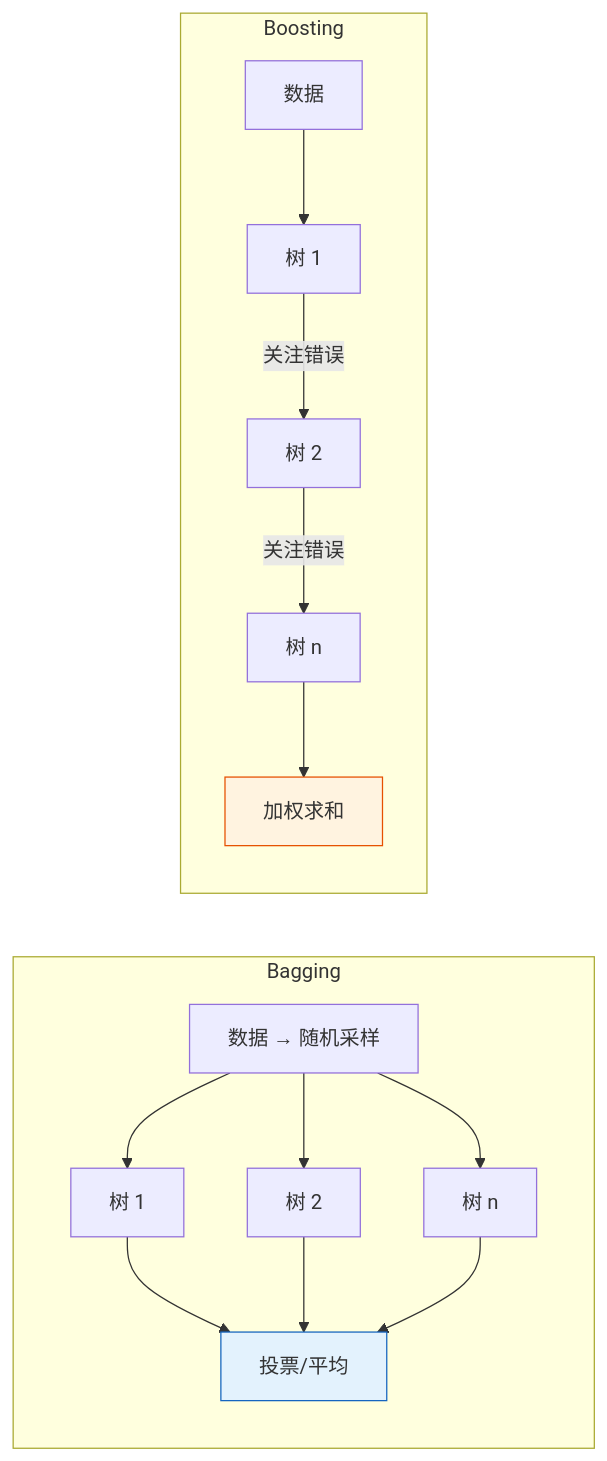
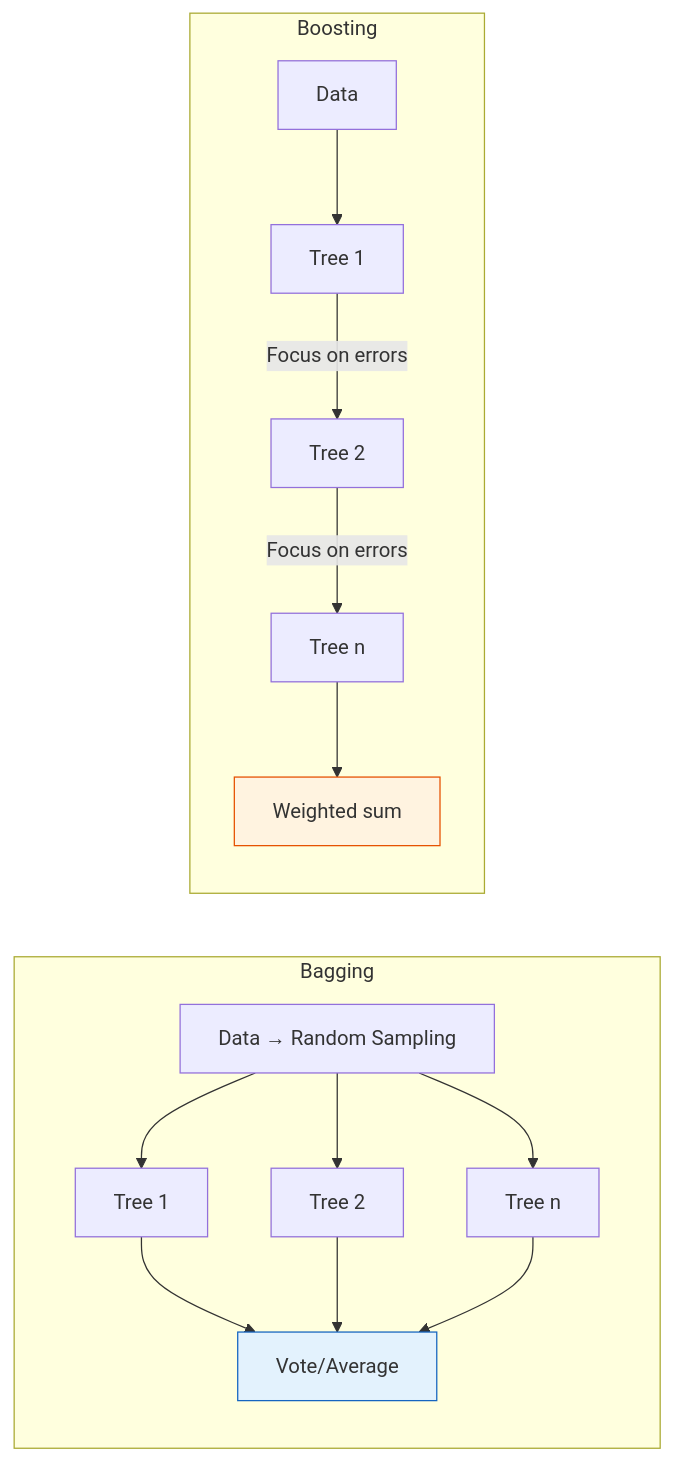
The second of 5 diagrams in docs/ch05-machine-learning/ch02-supervised/04-ensemble-learning.md (oudbiao/AI-fullstack-course), drawn with Mermaid before and after one commit. The commit also changed other lines of this file and 1406 other files, not shown here.

````diff
--- a/docs/ch05-machine-learning/ch02-supervised/04-ensemble-learning.md
+++ b/docs/ch05-machine-learning/ch02-supervised/04-ensemble-learning.md
@@ -125,21 +125,21 @@
 ```mermaid
 flowchart LR
     subgraph Bagging
-        D1["数据 → 随机采样"] --> M1a["树 1"]
-        D1 --> M1b["树 2"]
-        D1 --> M1c["树 n"]
-        M1a --> V1["投票/平均"]
+        D1["Data → Random Sampling"] --> M1a["Tree 1"]
+        D1 --> M1b["Tree 2"]
+        D1 --> M1c["Tree n"]
+        M1a --> V1["Vote/Average"]
         M1b --> V1
         M1c --> V1
     end
 
     subgraph Boosting
-        D2["数据"] --> M2a["树 1"]
-        M2a -->|"关注错误"| M2b["树 2"]
-        M2b -->|"关注错误"| M2c["树 n"]
-        M2c --> V2["加权求和"]
+        D2["Data"] --> M2a["Tree 1"]
+        M2a -->|"Focus on errors"| M2b["Tree 2"]
+        M2b -->|"Focus on errors"| M2c["Tree n"]
+        M2c --> V2["Weighted sum"]
     end
 
     style V1 fill:#e3f2fd,stroke:#1565c0,color:#333
     style V2 fill:#fff3e0,stroke:#e65100,color:#333
 ```
````
